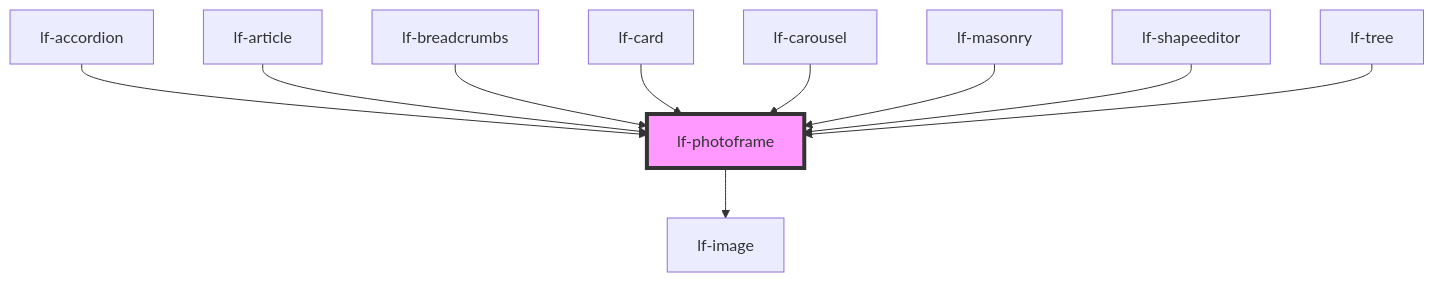
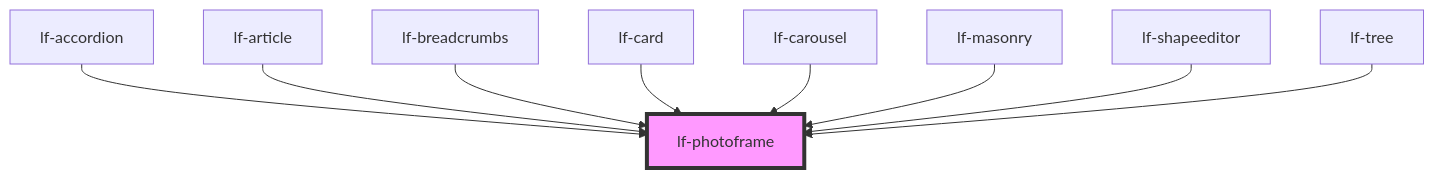
The diagram in packages/core/src/components/lf-photoframe/readme.md (lucafoscili/lf-widgets), drawn with Mermaid before and after one commit. The commit also changed other lines of this file and 96 other files, not shown here.

````diff
--- a/packages/core/src/components/lf-photoframe/readme.md
+++ b/packages/core/src/components/lf-photoframe/readme.md
@@ -124,13 +120,12 @@
 ```mermaid
 graph TD;
-  lf-photoframe --> lf-image
   lf-accordion --> lf-photoframe
   lf-article --> lf-photoframe
   lf-breadcrumbs --> lf-photoframe
   lf-card --> lf-photoframe
   lf-carousel --> lf-photoframe
   lf-masonry --> lf-photoframe
   lf-shapeeditor --> lf-photoframe
   lf-tree --> lf-photoframe
   style lf-photoframe fill:#f9f,stroke:#333,stroke-width:4px
 ```
````
